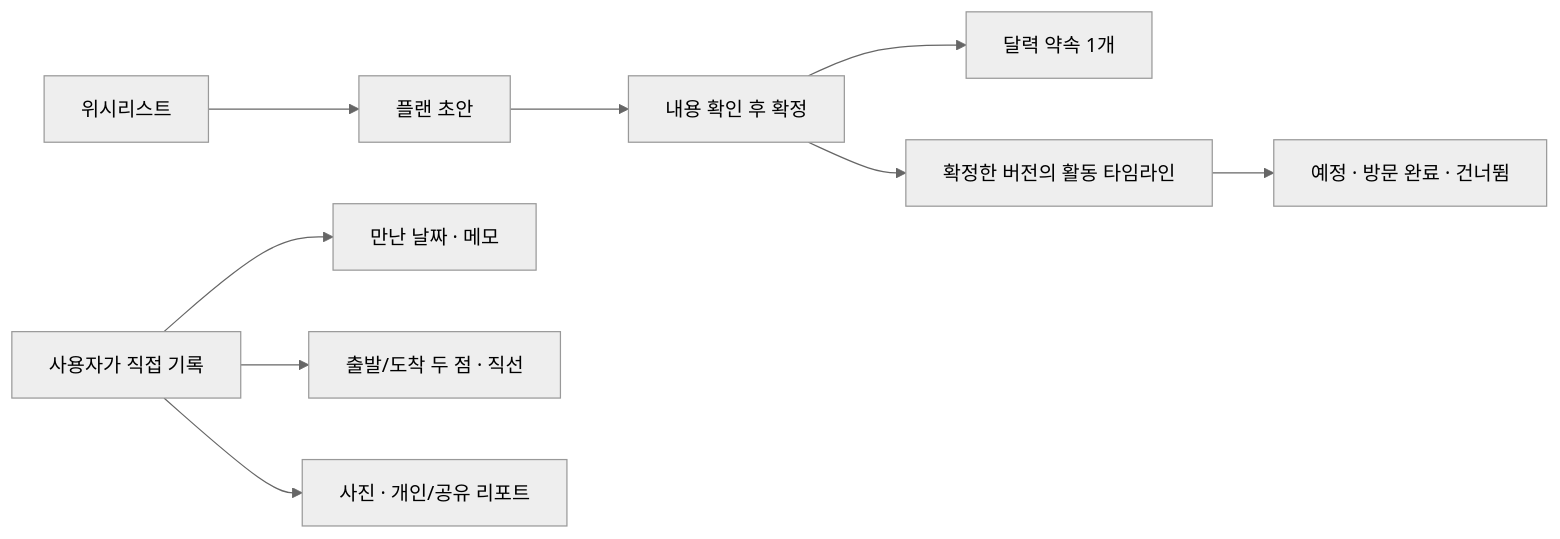
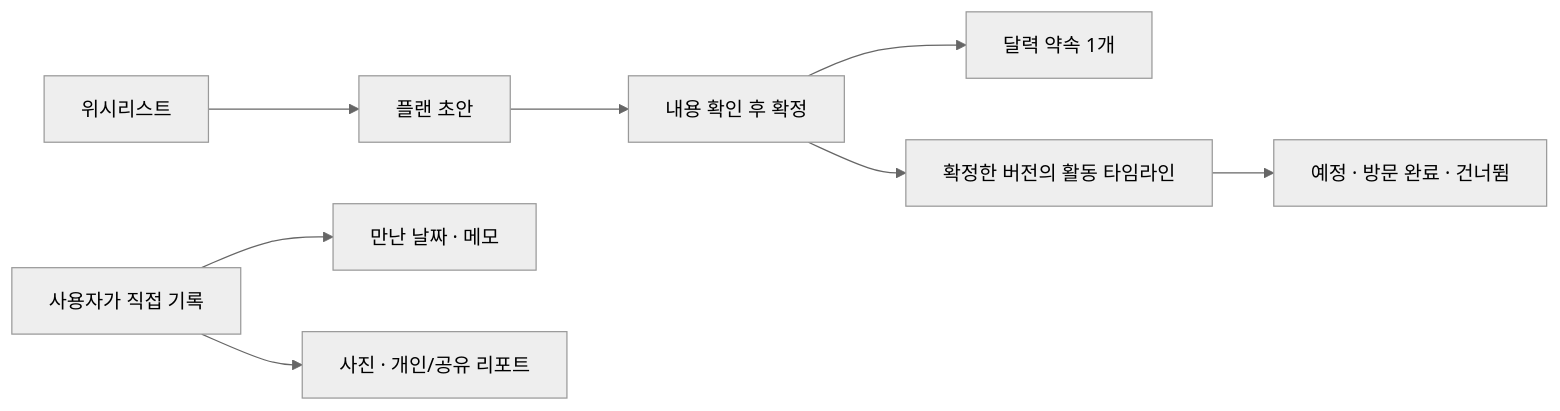
Before and after one commit to jhpark-jarvis/we2day: the second of 5 diagrams in guides/architecture.md, drawn with Mermaid (neutral theme). The commit also changed other lines of this file and 27 other files, not shown here.

````diff
--- a/guides/architecture.md
+++ b/guides/architecture.md
@@ -55,11 +55,10 @@
 ```mermaid
 flowchart LR
   Wish["위시리스트"] --> Draft["플랜 초안"]
   Draft --> Review["내용 확인 후 확정"]
   Review --> Appointment["달력 약속 1개"]
   Review --> Timeline["확정한 버전의 활동 타임라인"]
   Timeline --> Progress["예정 · 방문 완료 · 건너뜀"]
   Manual["사용자가 직접 기록"] --> Meeting["만난 날짜 · 메모"]
-  Manual --> Route["출발/도착 두 점 · 직선"]
   Manual --> Memory["사진 · 개인/공유 리포트"]
 ```
````
